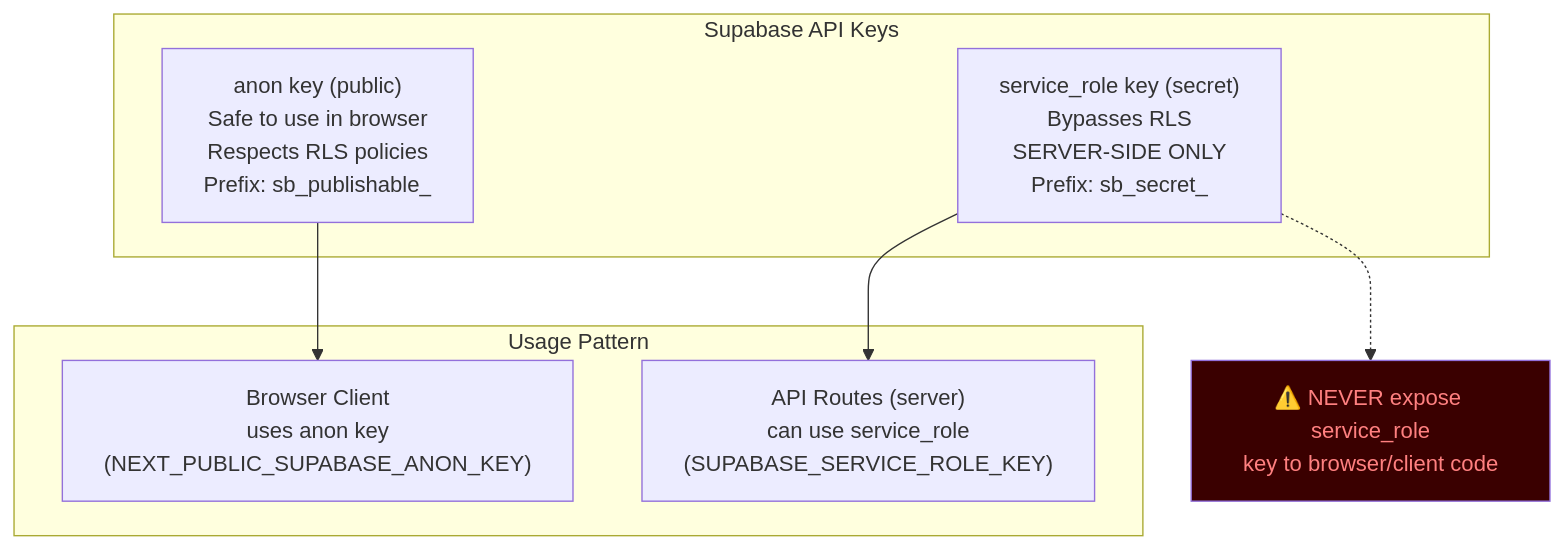
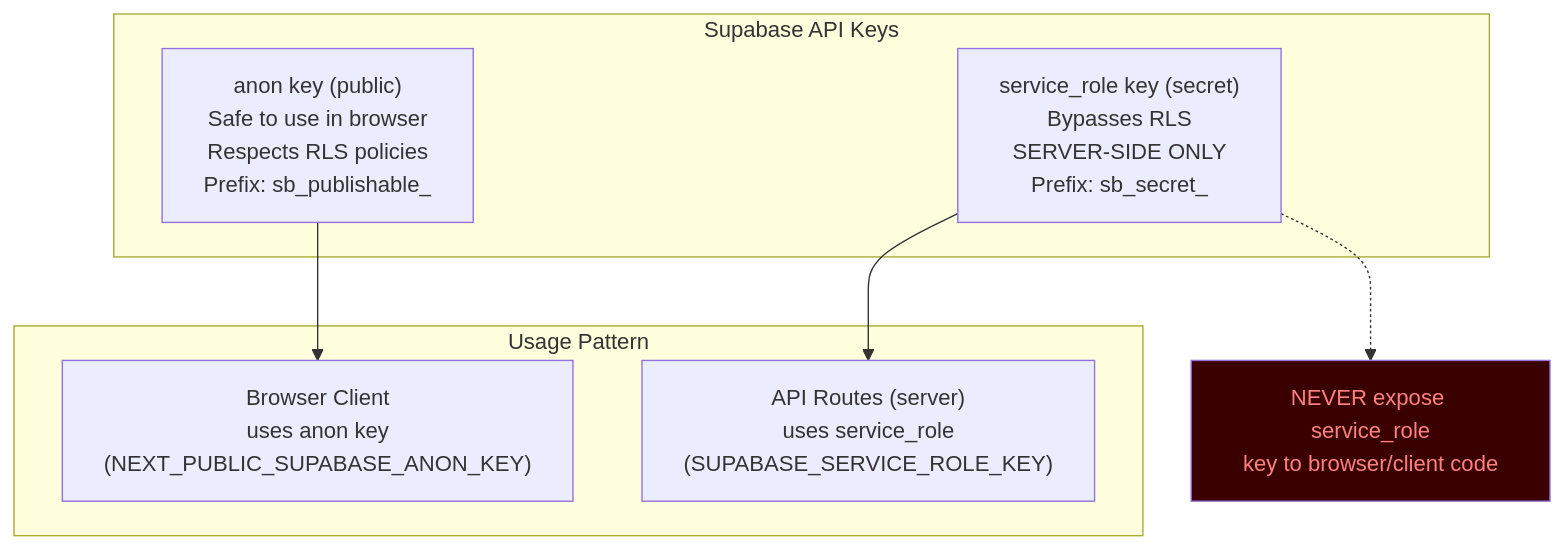
The ninth of 12 diagrams in apps/logistics-dashboard/docs/SUPABASE.md (macho715/logi_hvdc_dash), drawn with Mermaid before and after one commit. The commit also changed other lines of this file and 80 other files, not shown here.

````diff
--- a/apps/logistics-dashboard/docs/SUPABASE.md
+++ b/apps/logistics-dashboard/docs/SUPABASE.md
@@ -665,20 +756,20 @@
 ```mermaid
 graph TD
     subgraph Keys["Supabase API Keys"]
         Anon["anon key (public)\nSafe to use in browser\nRespects RLS policies\nPrefix: sb_publishable_"]
         ServiceRole["service_role key (secret)\nBypasses RLS\nSERVER-SIDE ONLY\nPrefix: sb_secret_"]
     end
 
     subgraph Usage["Usage Pattern"]
         BrowserClient["Browser Client\nuses anon key\n(NEXT_PUBLIC_SUPABASE_ANON_KEY)"]
-        ServerClient["API Routes (server)\ncan use service_role\n(SUPABASE_SERVICE_ROLE_KEY)"]
+        ServerClient["API Routes (server)\nuses service_role\n(SUPABASE_SERVICE_ROLE_KEY)"]
     end
 
     Anon --> BrowserClient
     ServiceRole --> ServerClient
 
-    Warning["⚠️ NEVER expose service_role\nkey to browser/client code"]
+    Warning["NEVER expose service_role\nkey to browser/client code"]
     ServiceRole -.-> Warning
 
     style Warning fill:#3a0000,color:#ff8080
 ```
````
